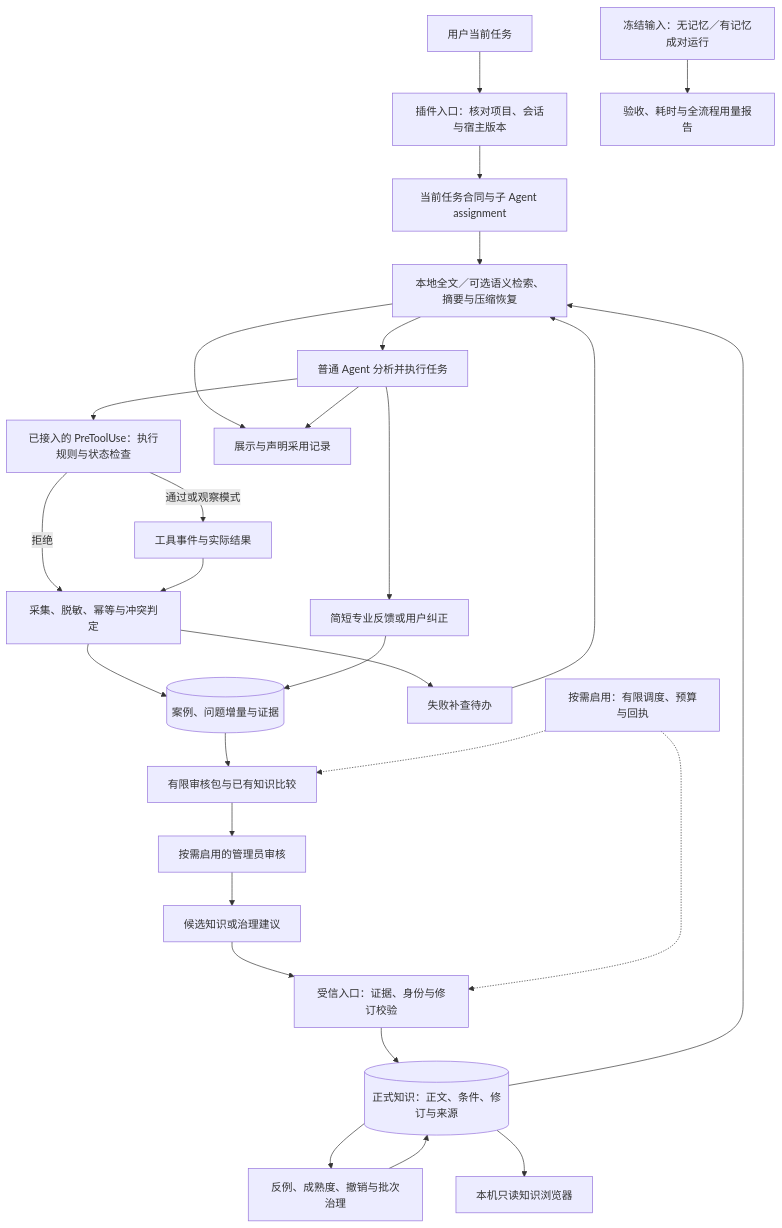
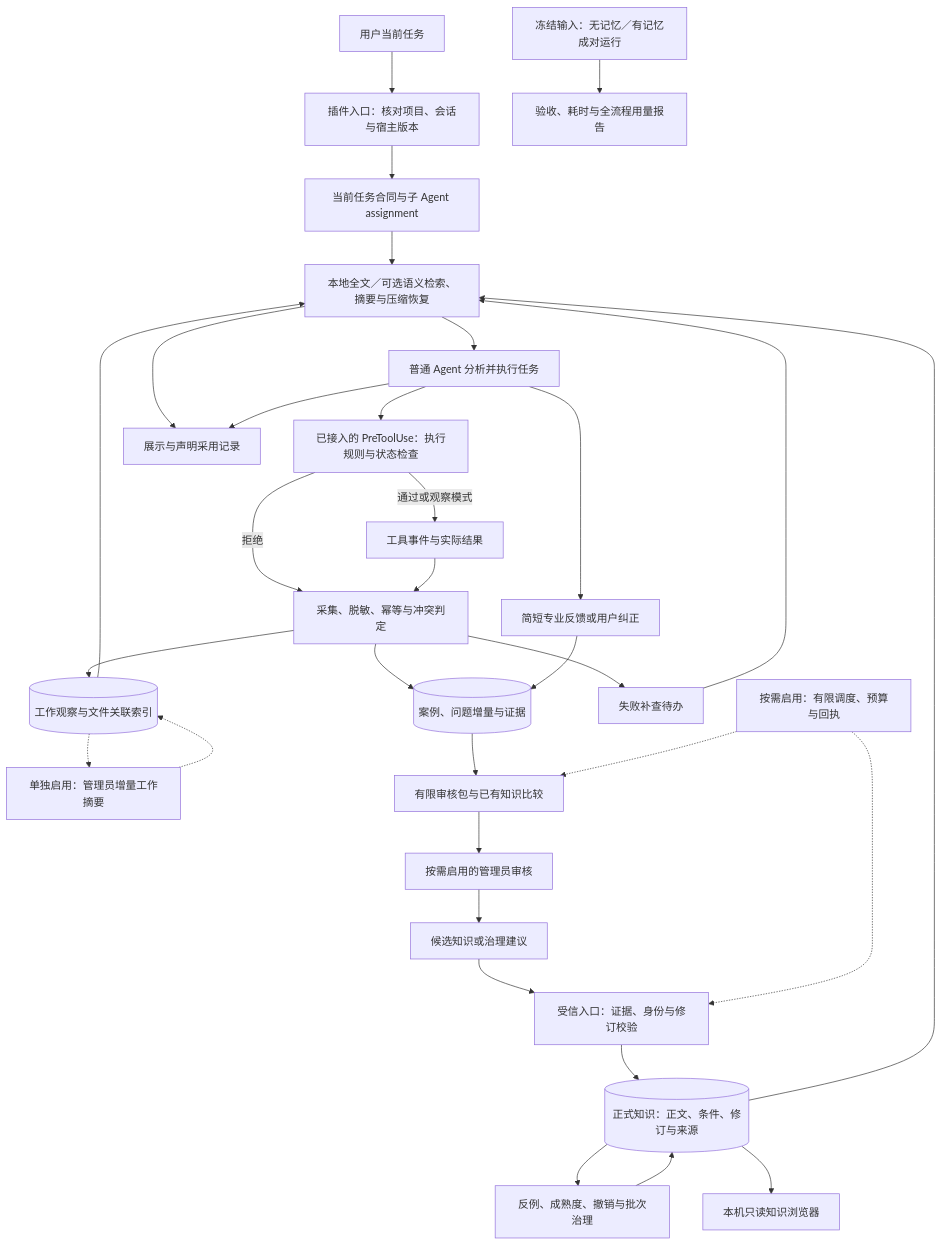
Before and after one commit to swenbo1-web/agents-learning: the first of 2 diagrams in README.md, drawn with Mermaid. The commit also changed other lines of this file and 41 other files, not shown here.

````diff
--- a/README.md
+++ b/README.md
@@ -209,30 +215,34 @@
 ```mermaid
 flowchart TD
     User["用户当前任务"] --> Entry["插件入口：核对项目、会话与宿主版本"]
     Entry --> Task["当前任务合同与子 Agent assignment"]
     Task --> Retrieve["本地全文／可选语义检索、摘要与压缩恢复"]
     Knowledge[("正式知识：正文、条件、修订与来源")] --> Retrieve
     Retrieve --> Worker["普通 Agent 分析并执行任务"]
     Worker --> Guard["已接入的 PreToolUse：执行规则与状态检查"]
     Guard -->|"通过或观察模式"| Result["工具事件与实际结果"]
     Guard -->|"拒绝"| Capture
     Result --> Capture["采集、脱敏、幂等与冲突判定"]
     Capture --> Cases[("案例、问题增量与证据")]
+    Capture --> Work[("工作观察与文件关联索引")]
+    Work --> Retrieve
+    Work -.-> Summary["单独启用：管理员增量工作摘要"]
+    Summary -.-> Work
     Worker --> Feedback["简短专业反馈或用户纠正"]
     Feedback --> Cases
     Capture --> Fault["失败补查待办"]
     Fault --> Retrieve
     Cases --> Packet["有限审核包与已有知识比较"]
     Packet --> Admin["按需启用的管理员审核"]
     Admin --> Candidate["候选知识或治理建议"]
     Candidate --> Publish["受信入口：证据、身份与修订校验"]
     Publish --> Knowledge
     Knowledge --> Governance["反例、成熟度、撤销与批次治理"]
     Governance --> Knowledge
     Schedule["按需启用：有限调度、预算与回执"] -.-> Packet
     Schedule -.-> Publish
     Retrieve --> Exposure["展示与声明采用记录"]
     Worker --> Exposure
     Knowledge --> Browser["本机只读知识浏览器"]
     Evaluation["冻结输入：无记忆／有记忆成对运行"] --> Report["验收、耗时与全流程用量报告"]
 ```
````
